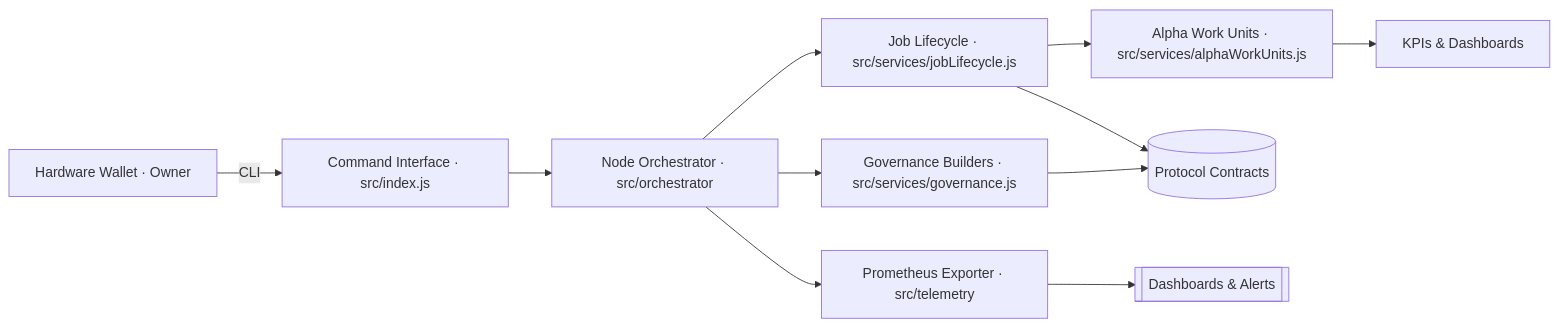
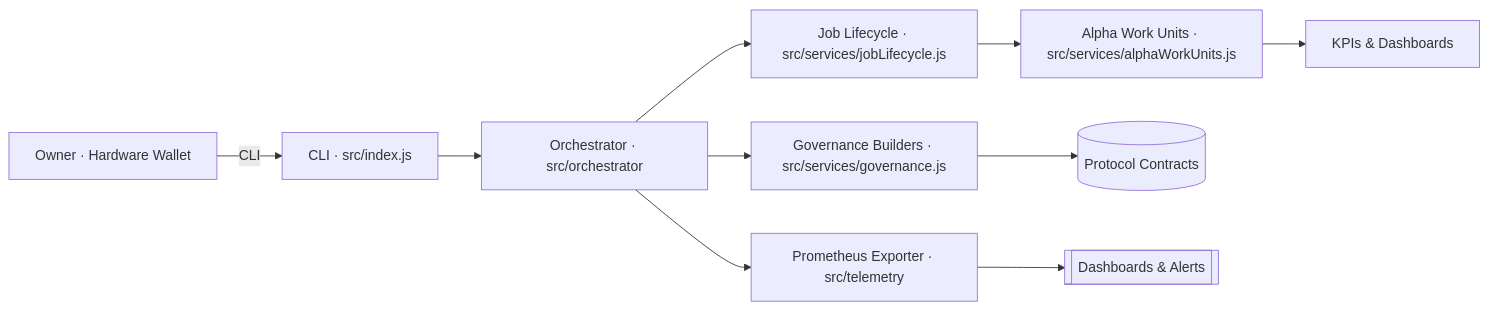
Before and after one commit to MontrealAI/AGI-Alpha-Node-v0: the first of 3 diagrams in README.md, drawn with Mermaid. The commit also changed other lines of this file and 15 other files, not shown here.

````diff
--- a/README.md
+++ b/README.md
@@ -83,13 +66,12 @@
 ```mermaid
 flowchart LR
-  Owner[Hardware Wallet · Owner] -->|CLI| CLI[Command Interface · src/index.js]
-  CLI --> Orchestrator[Node Orchestrator · src/orchestrator]
+  Owner[Owner · Hardware Wallet] -->|CLI| CLI[CLI · src/index.js]
+  CLI --> Orchestrator[Orchestrator · src/orchestrator]
+  Orchestrator --> Lifecycle[Job Lifecycle · src/services/jobLifecycle.js]
+  Orchestrator --> Governance[Governance Builders · src/services/governance.js]
   Orchestrator --> Telemetry[Prometheus Exporter · src/telemetry]
-  Orchestrator --> Governance[Governance Builders · src/services/governance.js]
-  Orchestrator --> Lifecycle[Job Lifecycle · src/services/jobLifecycle.js]
   Lifecycle --> AlphaWU[Alpha Work Units · src/services/alphaWorkUnits.js]
-  AlphaWU --> KPIs[KPIs & Dashboards]
   Governance --> Chain[(Protocol Contracts)]
-  Lifecycle --> Chain
+  AlphaWU --> Metrics[KPIs & Dashboards]
   Telemetry --> Observability[[Dashboards & Alerts]]
 ```
````
